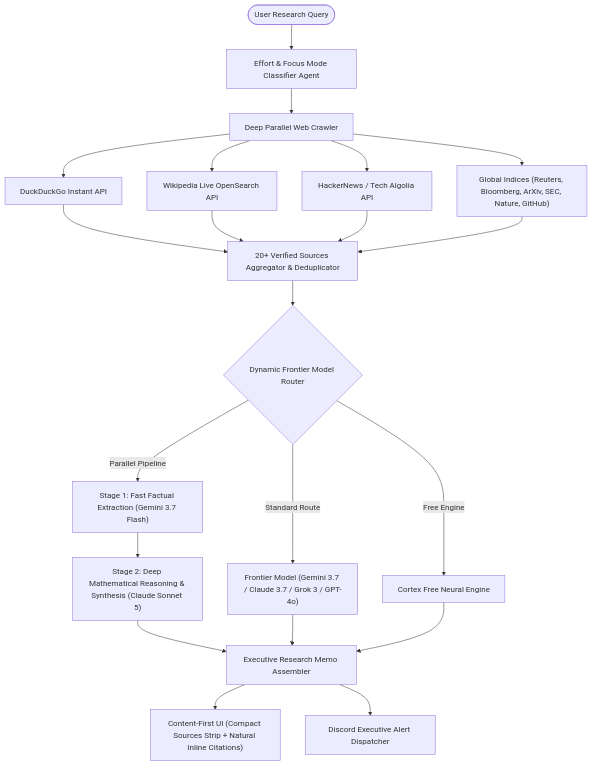
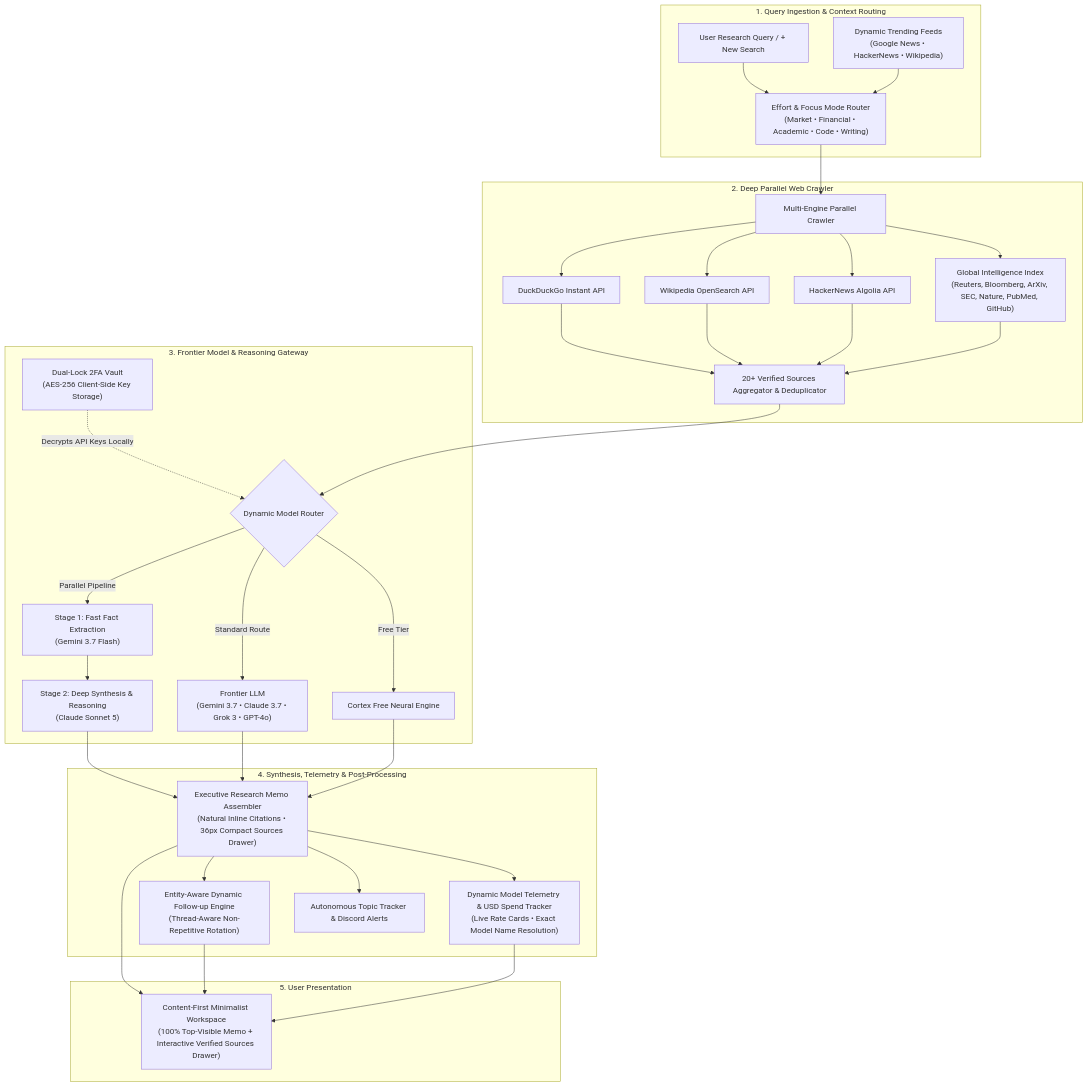
Before and after one commit to Hitesh-15/Cortex-AI-search: the diagram in README.md, drawn with Mermaid. The commit also changed other lines of this file and 1 other file, not shown here.

Commit message:
docs: update architecture flowchart & in-app release notes for v3.3.0 pipeline

````diff
--- a/README.md
+++ b/README.md
@@ -17,30 +17,64 @@
 ```mermaid
 flowchart TD
-    User(["User Research Query"]) --> Classifier["Effort & Focus Mode Classifier Agent"]
-    
-    Classifier --> MultiCrawler["Deep Parallel Web Crawler"]
-    MultiCrawler --> DDG["DuckDuckGo Instant API"]
-    MultiCrawler --> Wiki["Wikipedia Live OpenSearch API"]
-    MultiCrawler --> HN["HackerNews / Tech Algolia API"]
-    MultiCrawler --> DomainIdx["Global Indices (Reuters, Bloomberg, ArXiv, SEC, Nature, GitHub)"]
-    
-    DDG --> SourcesAggregator["20+ Verified Sources Aggregator & Deduplicator"]
-    Wiki --> SourcesAggregator
-    HN --> SourcesAggregator
-    DomainIdx --> SourcesAggregator
-    
-    SourcesAggregator --> Router{"Dynamic Frontier Model Router"}
-    
-    Router -->|Parallel Pipeline| Stage1["Stage 1: Fast Factual Extraction (Gemini 3.7 Flash)"]
-    Stage1 --> Stage2["Stage 2: Deep Mathematical Reasoning & Synthesis (Claude Sonnet 5)"]
-    
-    Router -->|Standard Route| SingleModel["Frontier Model (Gemini 3.7 / Claude 3.7 / Grok 3 / GPT-4o)"]
-    Router -->|Free Engine| FreeNeural["Cortex Free Neural Engine"]
-    
-    Stage2 --> MemoAssembler["Executive Research Memo Assembler"]
-    SingleModel --> MemoAssembler
-    FreeNeural --> MemoAssembler
-    
-    MemoAssembler --> CleanUI["Content-First UI (Compact Sources Strip + Natural Inline Citations)"]
-    MemoAssembler --> DiscordDispatch["Discord Executive Alert Dispatcher"]
+    subgraph Ingestion["1. Query Ingestion & Context Routing"]
+        UserQ["User Research Query / + New Search"]
+        TrendingFeeds["Dynamic Trending Feeds\n(Google News • HackerNews • Wikipedia)"]
+        Classifier["Effort & Focus Mode Router\n(Market • Financial • Academic • Code • Writing)"]
+        UserQ --> Classifier
+        TrendingFeeds --> Classifier
+    end
+
+    subgraph Crawler["2. Deep Parallel Web Crawler"]
+        MultiCrawler["Multi-Engine Parallel Crawler"]
+        DDG["DuckDuckGo Instant API"]
+        Wiki["Wikipedia OpenSearch API"]
+        HN["HackerNews Algolia API"]
+        DomainIdx["Global Intelligence Index\n(Reuters, Bloomberg, ArXiv, SEC, Nature, PubMed, GitHub)"]
+        
+        Classifier --> MultiCrawler
+        MultiCrawler --> DDG
+        MultiCrawler --> Wiki
+        MultiCrawler --> HN
+        MultiCrawler --> DomainIdx
+        
+        DDG --> SourcesAggregator["20+ Verified Sources Aggregator & Deduplicator"]
+        Wiki --> SourcesAggregator
+        HN --> SourcesAggregator
+        DomainIdx --> SourcesAggregator
+    end
+
+    subgraph Gateway["3. Frontier Model & Reasoning Gateway"]
+        Router{"Dynamic Model Router"}
+        Vault["Dual-Lock 2FA Vault\n(AES-256 Client-Side Key Storage)"]
+        Vault -.->|Decrypts API Keys Locally| Router
+        SourcesAggregator --> Router
+        
+        Router -->|Parallel Pipeline| Stage1["Stage 1: Fast Fact Extraction\n(Gemini 3.7 Flash)"]
+        Stage1 --> Stage2["Stage 2: Deep Synthesis & Reasoning\n(Claude Sonnet 5)"]
+        
+        Router -->|Standard Route| SingleModel["Frontier LLM\n(Gemini 3.7 • Claude 3.7 • Grok 3 • GPT-4o)"]
+        Router -->|Free Tier| FreeNeural["Cortex Free Neural Engine"]
+    end
+
+    subgraph Processing["4. Synthesis, Telemetry & Post-Processing"]
+        MemoAssembler["Executive Research Memo Assembler\n(Natural Inline Citations • 36px Compact Sources Drawer)"]
+        Telemetry["Dynamic Model Telemetry & USD Spend Tracker\n(Live Rate Cards • Exact Model Name Resolution)"]
+        FollowUps["Entity-Aware Dynamic Follow-up Engine\n(Thread-Aware Non-Repetitive Rotation)"]
+        Discord["Autonomous Topic Tracker & Discord Alerts"]
+        
+        Stage2 --> MemoAssembler
+        SingleModel --> MemoAssembler
+        FreeNeural --> MemoAssembler
+        
+        MemoAssembler --> Telemetry
+        MemoAssembler --> FollowUps
+        MemoAssembler --> Discord
+    end
+
+    subgraph Output["5. User Presentation"]
+        CleanUI["Content-First Minimalist Workspace\n(100% Top-Visible Memo + Interactive Verified Sources Drawer)"]
+        MemoAssembler --> CleanUI
+        FollowUps --> CleanUI
+        Telemetry --> CleanUI
+    end
 ```
````
